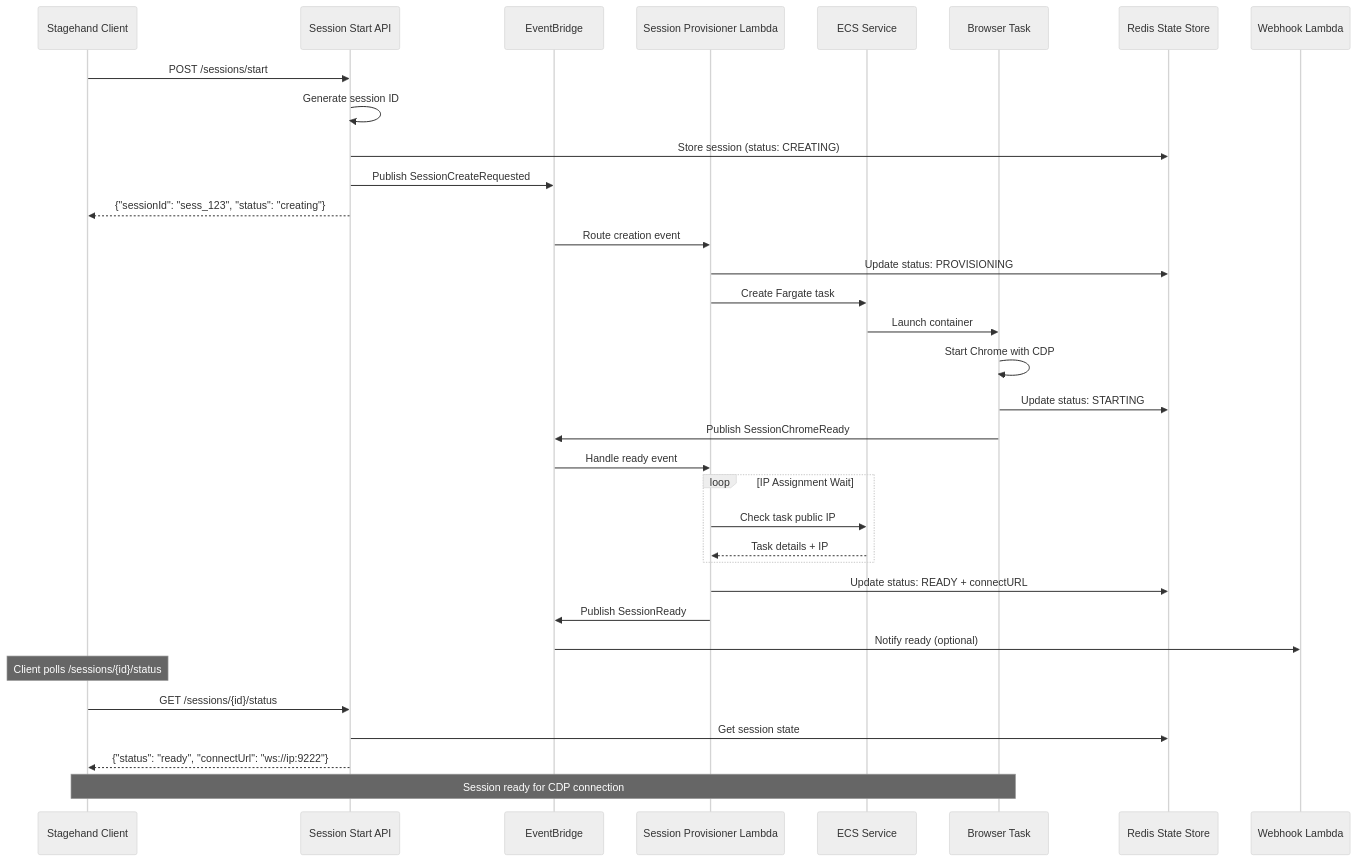
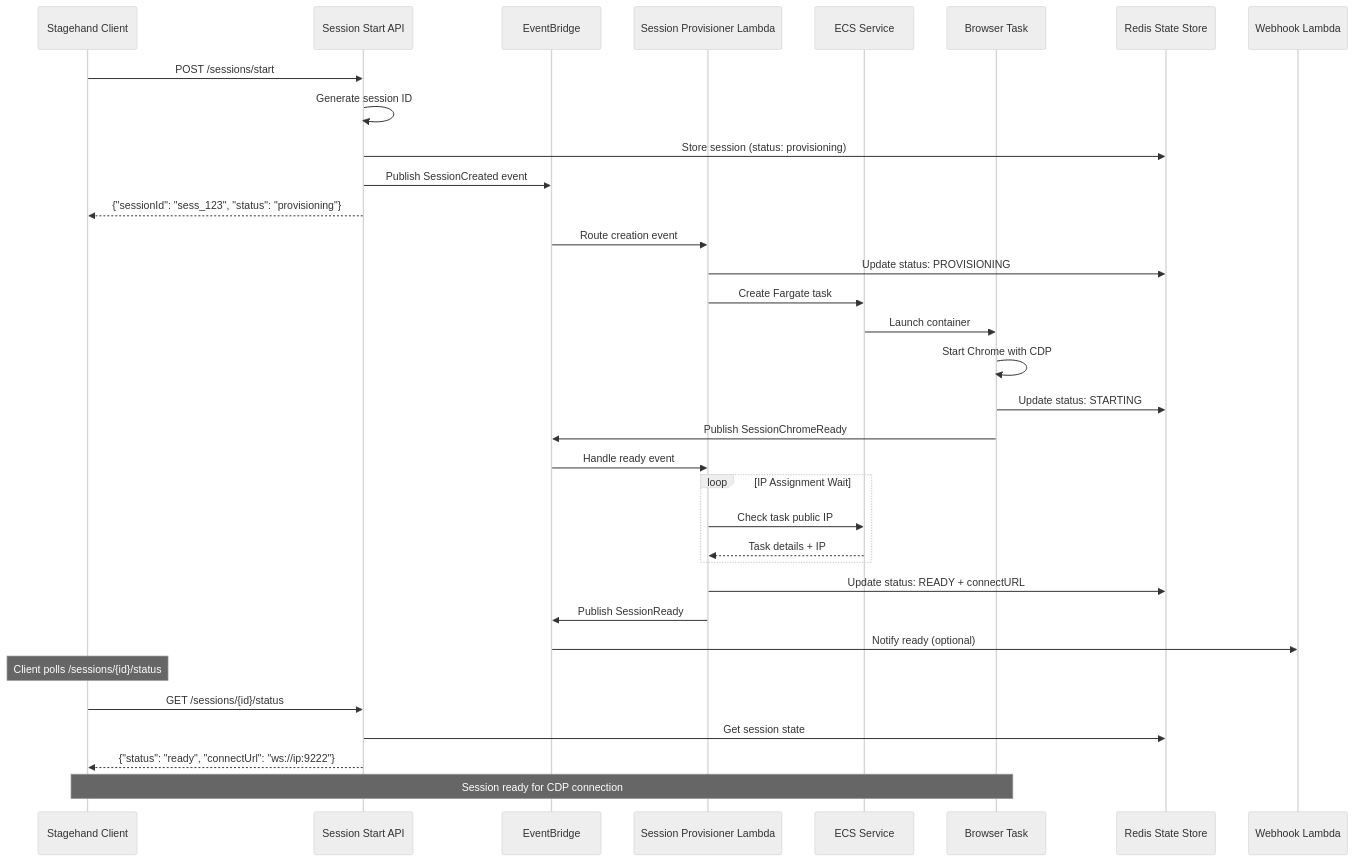
Before and after one commit to Volpestyle/wallcrawler: the third of 14 diagrams in docs/wallcrawler-design-doc.md, drawn with Mermaid (neutral theme). The commit also changed other lines of this file and 48 other files, not shown here.

````diff
--- a/docs/wallcrawler-design-doc.md
+++ b/docs/wallcrawler-design-doc.md
@@ -217,45 +218,45 @@
 ```mermaid
 sequenceDiagram
     participant Client as Stagehand Client
     participant API as Session Start API
     participant EventBridge as EventBridge
     participant Provisioner as Session Provisioner Lambda
     participant ECS as ECS Service
     participant Browser as Browser Task
     participant Redis as Redis State Store
     participant Webhook as Webhook Lambda
 
     Client->>API: POST /sessions/start
     API->>API: Generate session ID
-    API->>Redis: Store session (status: CREATING)
-    API->>EventBridge: Publish SessionCreateRequested
-    API-->>Client: {"sessionId": "sess_123", "status": "creating"}
+    API->>Redis: Store session (status: provisioning)
+    API->>EventBridge: Publish SessionCreated event
+    API-->>Client: {"sessionId": "sess_123", "status": "provisioning"}
 
     EventBridge->>Provisioner: Route creation event
     Provisioner->>Redis: Update status: PROVISIONING
     Provisioner->>ECS: Create Fargate task
 
     ECS->>Browser: Launch container
     Browser->>Browser: Start Chrome with CDP
     Browser->>Redis: Update status: STARTING
 
     Browser->>EventBridge: Publish SessionChromeReady
     EventBridge->>Provisioner: Handle ready event
 
     loop IP Assignment Wait
         Provisioner->>ECS: Check task public IP
         ECS-->>Provisioner: Task details + IP
     end
 
     Provisioner->>Redis: Update status: READY + connectURL
     Provisioner->>EventBridge: Publish SessionReady
 
     EventBridge->>Webhook: Notify ready (optional)
 
     Note over Client: Client polls /sessions/{id}/status
     Client->>API: GET /sessions/{id}/status
     API->>Redis: Get session state
     API-->>Client: {"status": "ready", "connectUrl": "ws://ip:9222"}
 
     Note over Client, Browser: Session ready for CDP connection
 ```
````
